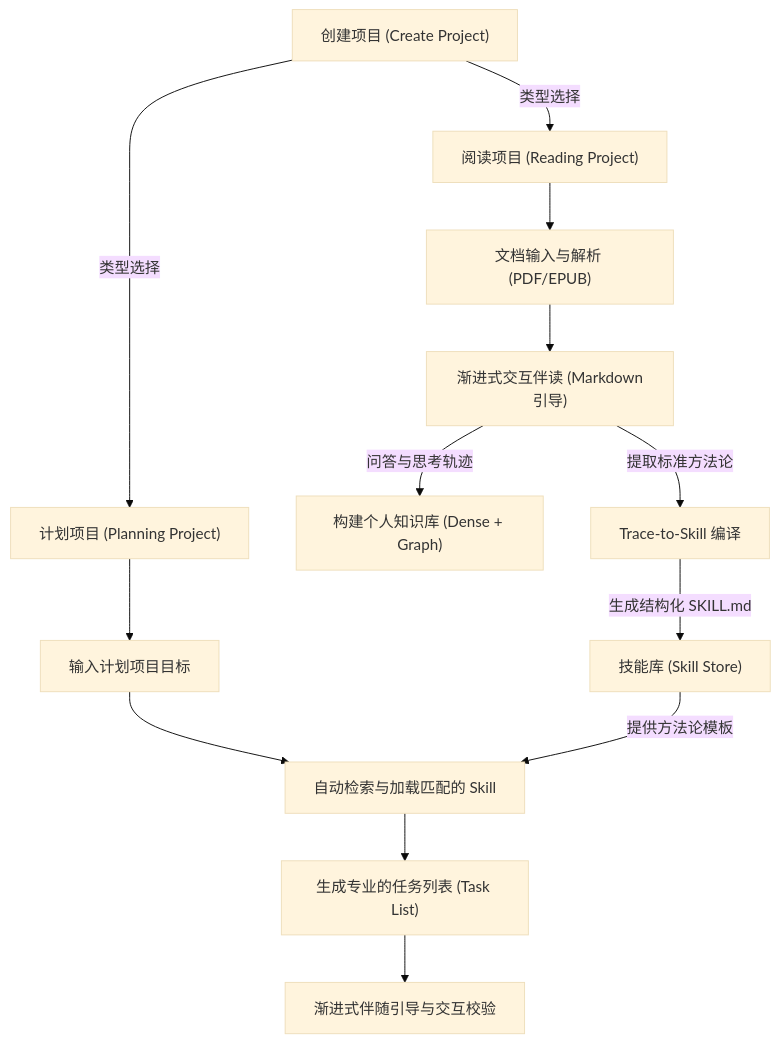
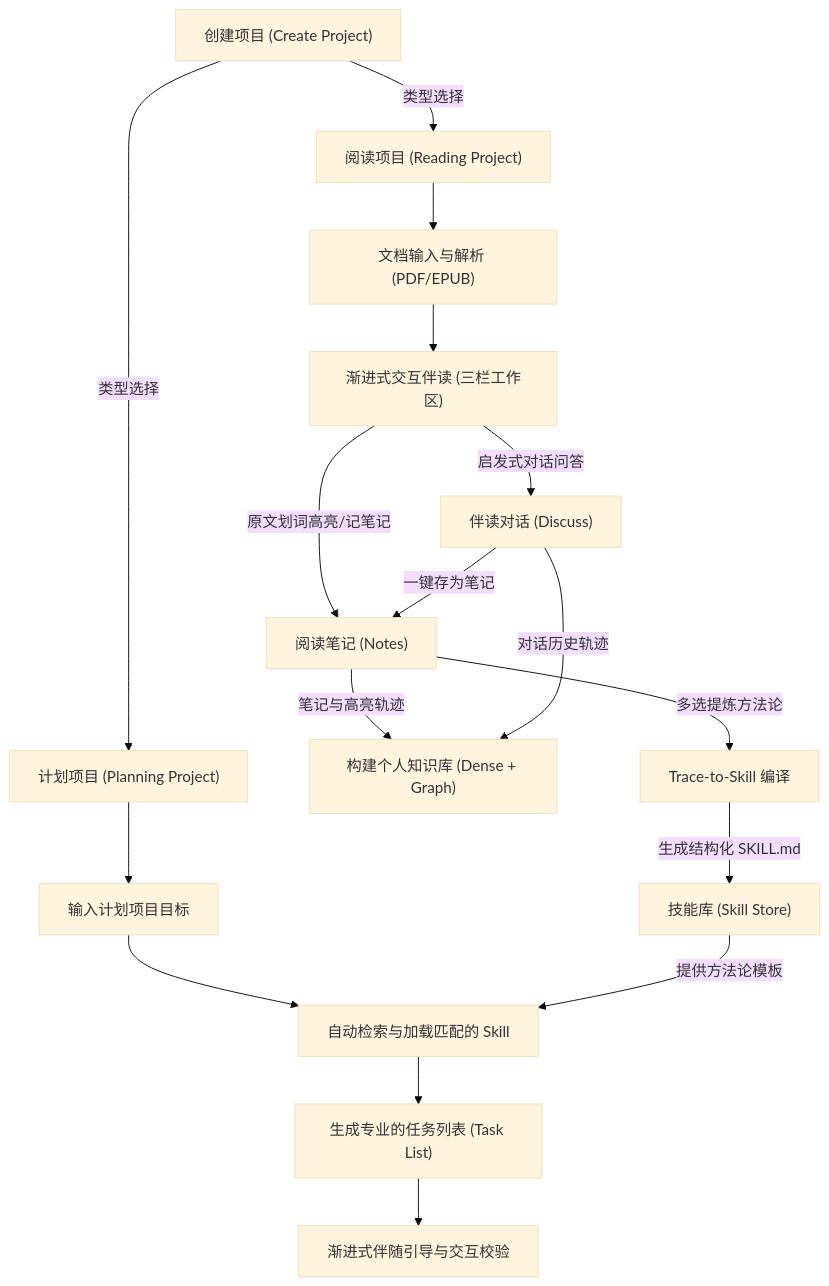
One commit to shanglihong/i-have-a-plan changed the second of 2 diagrams in docs/01_business_research/business_research.md. Above: the diagram before and after it, drawn with Mermaid (base theme). The commit also changed other lines of this file and 7 other files, not shown here.

````diff
--- a/docs/01_business_research/business_research.md
+++ b/docs/01_business_research/business_research.md
@@ -81,19 +82,24 @@
 ```mermaid
 graph TD
     Start["创建项目 (Create Project)"] -->|类型选择| ReadProj["阅读项目 (Reading Project)"]
     Start -->|类型选择| PlanProj["计划项目 (Planning Project)"]
     
     ReadProj --> Ingest["文档输入与解析 (PDF/EPUB)"]
-    Ingest --> CoRead["渐进式交互伴读 (Markdown引导)"]
+    Ingest --> CoRead["渐进式交互伴读 (三栏工作区)"]
     
-    CoRead -->|问答与思考轨迹| KB["构建个人知识库 (Dense + Graph)"]
-    CoRead -->|提取标准方法论| SkillExtract["Trace-to-Skill 编译"]
+    CoRead -->|原文划词高亮/记笔记| Notes["阅读笔记 (Notes)"]
+    CoRead -->|启发式对话问答| Discuss["伴读对话 (Discuss)"]
+    Discuss -->|一键存为笔记| Notes
+    
+    Notes -->|笔记与高亮轨迹| KB["构建个人知识库 (Dense + Graph)"]
+    Discuss -->|对话历史轨迹| KB
+    Notes -->|多选提炼方法论| SkillExtract["Trace-to-Skill 编译"]
     
     SkillExtract -->|生成结构化 SKILL.md| Store["技能库 (Skill Store)"]
     
     PlanProj --> PlanInput["输入计划项目目标"]
     PlanInput --> Match["自动检索与加载匹配的 Skill"]
     Store -->|提供方法论模板| Match
     Match --> TaskGen["生成专业的任务列表 (Task List)"]
     TaskGen --> Execute["渐进式伴随引导与交互校验"]
 ```
````
